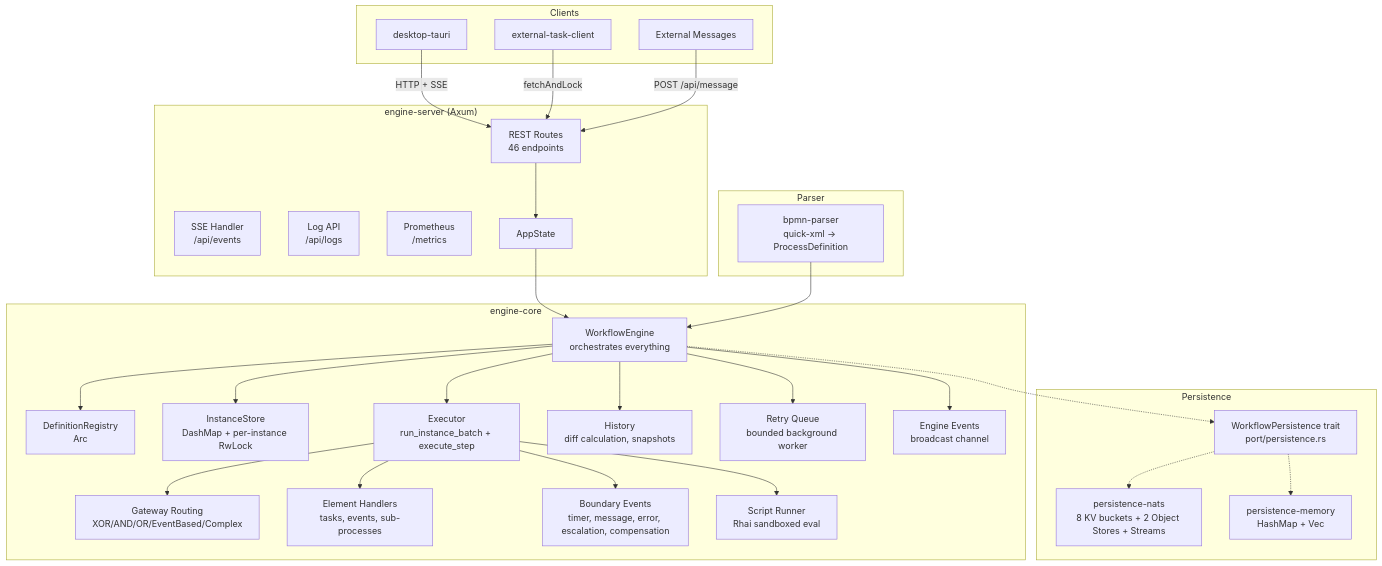
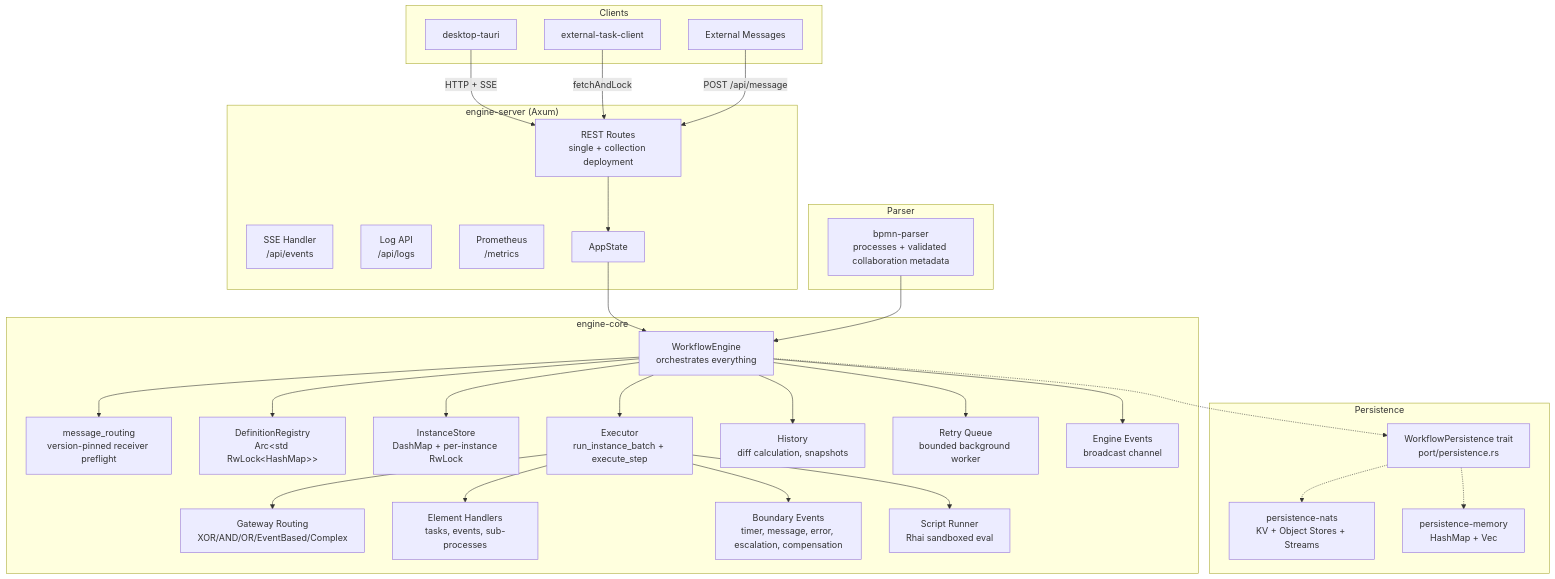
Before and after one commit to maatini/bpmninja: the diagram in docs/knowledge-base/architecture/components.md, drawn with Mermaid. The commit also changed other lines of this file and 19 other files, not shown here.

````diff
--- a/docs/knowledge-base/architecture/components.md
+++ b/docs/knowledge-base/architecture/components.md
@@ -5,60 +5,62 @@
 ```mermaid
 flowchart TD
     subgraph Clients
         Desktop["desktop-tauri"]
         Worker["external-task-client"]
         Message["External Messages"]
     end
 
     subgraph "engine-server (Axum)"
-        REST["REST Routes<br>46 endpoints"]
+        REST["REST Routes<br>single + collection deployment"]
         SSE["SSE Handler<br>/api/events"]
         Logs["Log API<br>/api/logs"]
         Metrics["Prometheus<br>/metrics"]
         State["AppState"]
     end
 
     subgraph "engine-core"
         Engine["WorkflowEngine<br>orchestrates everything"]
-        DefReg["DefinitionRegistry<br>Arc<DashMap>"]
+        Routing["message_routing<br>version-pinned receiver preflight"]
+        DefReg["DefinitionRegistry<br>Arc&lt;std RwLock&lt;HashMap&gt;&gt;"]
         InstStore["InstanceStore<br>DashMap + per-instance RwLock"]
         Executor["Executor<br>run_instance_batch + execute_step"]
         Gateways["Gateway Routing<br>XOR/AND/OR/EventBased/Complex"]
         Handlers["Element Handlers<br>tasks, events, sub-processes"]
         Boundary["Boundary Events<br>timer, message, error, escalation, compensation"]
         Rhai["Script Runner<br>Rhai sandboxed eval"]
         History["History<br>diff calculation, snapshots"]
         Retry["Retry Queue<br>bounded background worker"]
         Events["Engine Events<br>broadcast channel"]
     end
 
     subgraph Persistence
         WP["WorkflowPersistence trait<br>port/persistence.rs"]
-        NATS["persistence-nats<br>8 KV buckets + 2 Object Stores + Streams"]
+        NATS["persistence-nats<br>KV + Object Stores + Streams"]
         Mem["persistence-memory<br>HashMap + Vec"]
     end
 
     subgraph Parser
-        BpmnParser["bpmn-parser<br>quick-xml → ProcessDefinition"]
+        BpmnParser["bpmn-parser<br>processes + validated collaboration metadata"]
     end
 
     Desktop -- HTTP + SSE --> REST
     Worker -- fetchAndLock --> REST
     Message -- POST /api/message --> REST
     REST --> State
     State --> Engine
+    Engine --> Routing
     Engine --> DefReg
     Engine --> InstStore
     Engine --> Executor
     Executor --> Gateways
     Executor --> Handlers
     Executor --> Boundary
     Executor --> Rhai
     Engine --> History
     Engine --> Retry
     Engine --> Events
     Engine -.-> WP
     WP -.-> NATS
     WP -.-> Mem
     BpmnParser --> Engine
 ```
````
